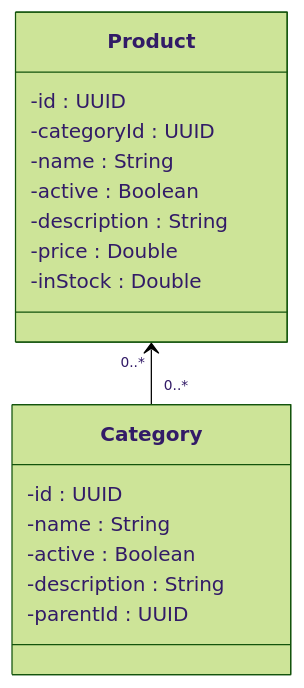
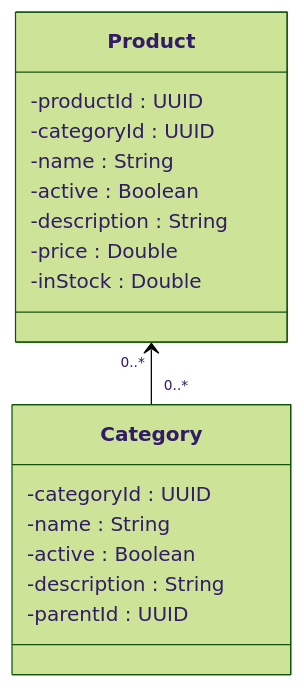
Before and after one commit to fruzsina-banyai/webshop: the third of 6 diagrams in documentation/product_catalog/product_catalog.md, drawn with Mermaid (forest theme).

Commit message:
Fix typos in product_catalog.md

````diff
--- a/documentation/product_catalog/product_catalog.md
+++ b/documentation/product_catalog/product_catalog.md
@@ -19,20 +19,20 @@
 ```mermaid
 classDiagram
   Product "0..*" <-- "0..*" Category
   class Product {
-    -id : UUID
+    -productId : UUID
     -categoryId : UUID
     -name : String
     -active : Boolean
     -description : String
     -price : Double
     -inStock : Double
   }
   class Category {
-    -id : UUID
+    -categoryId : UUID
     -name : String
     -active : Boolean
     -description : String
     -parentId : UUID
   }
 ```
````
